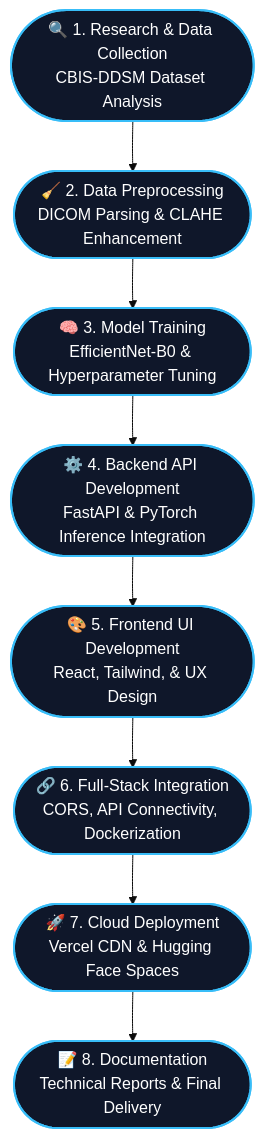
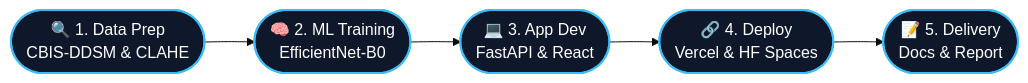
Before and after one commit to adeelshah41/fahm-technical-assessment: the second of 2 diagrams in README.md, drawn with Mermaid (base theme). The commit also changed other lines of this file, not shown here.

Commit message:
docs: adjust workflow diagram size and label

````diff
--- a/README.md
+++ b/README.md
@@ -48,19 +48,13 @@
 ```mermaid
-flowchart TD
-    A([🔍 1. Research & Data Collection<br/>CBIS-DDSM Dataset Analysis]) --> B([🧹 2. Data Preprocessing<br/>DICOM Parsing & CLAHE Enhancement])
-    B --> C([🧠 3. Model Training<br/>EfficientNet-B0 & Hyperparameter Tuning])
-    C --> D([⚙️ 4. Backend API Development<br/>FastAPI & PyTorch Inference Integration])
-    D --> E([🎨 5. Frontend UI Development<br/>React, Tailwind, & UX Design])
-    E --> F([🔗 6. Full-Stack Integration<br/>CORS, API Connectivity, Dockerization])
-    F --> G([🚀 7. Cloud Deployment<br/>Vercel CDN & Hugging Face Spaces])
-    G --> H([📝 8. Documentation<br/>Technical Reports & Final Delivery])
-    
+flowchart LR
+    A([🔍 1. Data Prep<br/>CBIS-DDSM & CLAHE]) --> B([🧠 2. ML Training<br/>EfficientNet-B0])
+    B --> C([💻 3. App Dev<br/>FastAPI & React])
+    C --> D([🔗 4. Deploy<br/>Vercel & HF Spaces])
+    D --> E([📝 5. Delivery<br/>Docs & Report])
+
     style A fill:#0f172a,stroke:#38bdf8,stroke-width:2px,color:#fff
     style B fill:#0f172a,stroke:#38bdf8,stroke-width:2px,color:#fff
     style C fill:#0f172a,stroke:#38bdf8,stroke-width:2px,color:#fff
     style D fill:#0f172a,stroke:#38bdf8,stroke-width:2px,color:#fff
     style E fill:#0f172a,stroke:#38bdf8,stroke-width:2px,color:#fff
-    style F fill:#0f172a,stroke:#38bdf8,stroke-width:2px,color:#fff
-    style G fill:#0f172a,stroke:#38bdf8,stroke-width:2px,color:#fff
-    style H fill:#0f172a,stroke:#38bdf8,stroke-width:2px,color:#fff
 ```
````
